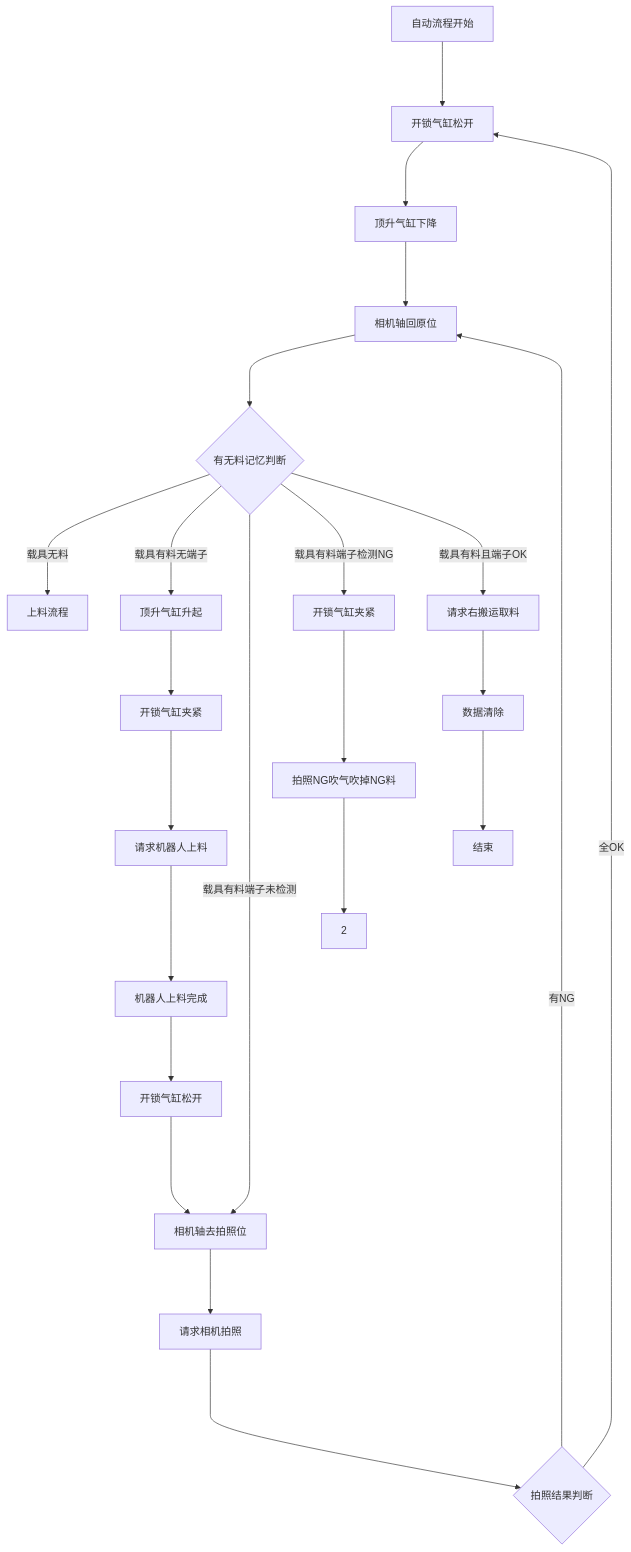
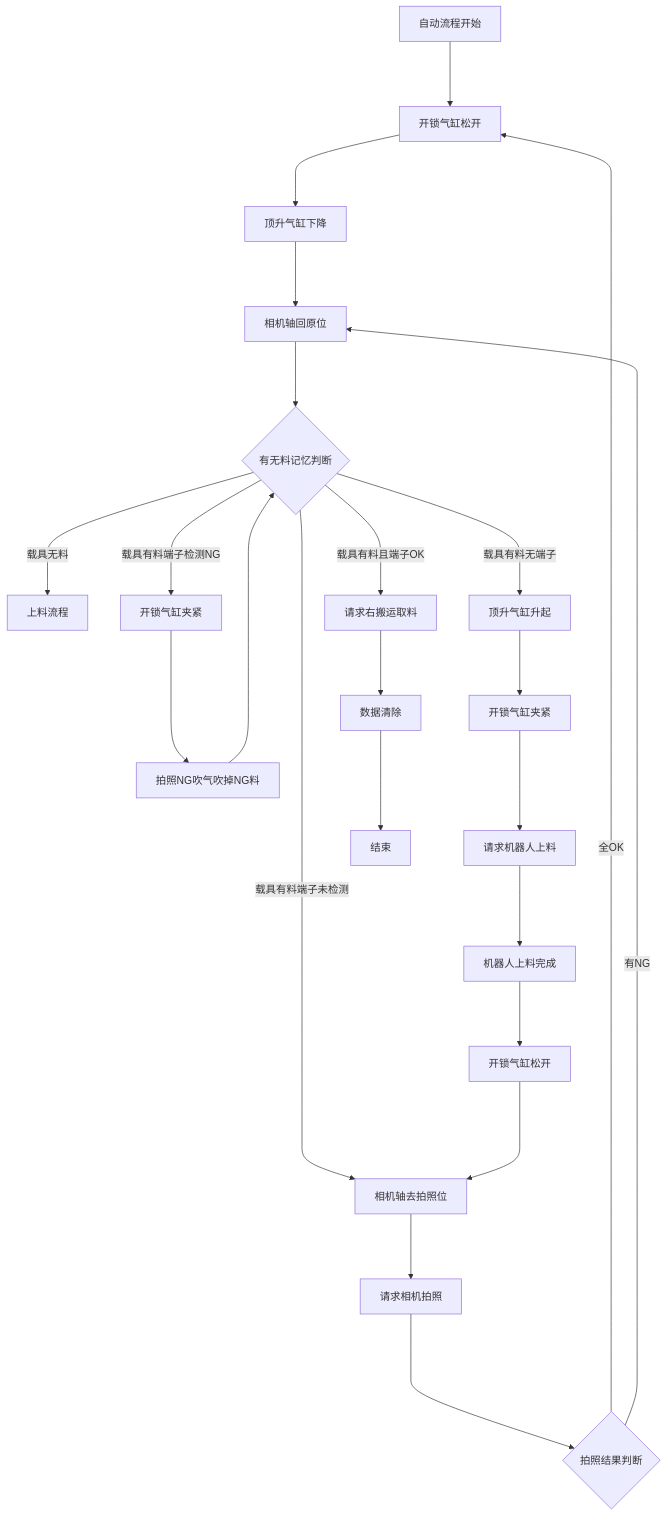
The diagram in all/OP70工位4左端子上料.md (zmq000/iodraw-files), drawn with Mermaid before and after one commit.

Commit message:
2026-06-17 17:37:02 update

````diff
--- a/all/OP70工位4左端子上料.md
+++ b/all/OP70工位4左端子上料.md
@@ -1,27 +1,27 @@
 ```mermaid
 graph TD
 自动流程开始--->10
 10[开锁气缸松开]--->20
 20[顶升气缸下降]--->30
 30[相机轴回原位]--->40
 40{有无料记忆判断}--->|载具无料|50
 40--->|载具有料无端子|100
 40--->|载具有料端子未检测|150
 40--->|载具有料端子检测NG|200
 40--->|载具有料且端子OK|250
 50[上料流程]
 100[顶升气缸升起]--->110
 110[开锁气缸夹紧]--->120
 120[请求机器人上料]--->130
 130[机器人上料完成]--->140
 140[开锁气缸松开]---->150
 150[相机轴去拍照位]--->160
 160[请求相机拍照]---->170
 170{拍照结果判断}---->|全OK|10
 170{拍照结果判断}---->|有NG|30
 200[开锁气缸夹紧]---->210
-210[拍照NG吹气吹掉NG料]--->2
+210[拍照NG吹气吹掉NG料]--->40
 250[请求右搬运取料]--->260
 260[数据清除]--->270
 270[结束]
 ```
````
